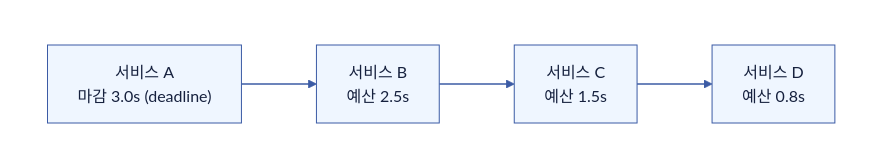
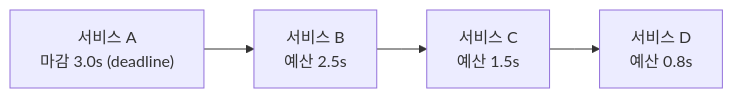
Before and after one commit to Hyune-s-lab/my-ai-study: the third of 5 diagrams in computer-science/2606-모의면접-timeout.md, drawn with Mermaid. The commit also changed other lines of this file and 49 other files, not shown here.

Commit message:
docs: 단순 다이어그램은 Mermaid로, 복잡한 배치는 SVG로 정리

````diff
--- a/computer-science/2606-모의면접-timeout.md
+++ b/computer-science/2606-모의면접-timeout.md
@@ -204,23 +157,11 @@
 ```mermaid
 flowchart LR
-%%{init: {"theme": "base", "darkMode": false, "themeVariables": {"background": "#ffffff", "primaryColor": "#EFF6FF", "primaryTextColor": "#16213E", "primaryBorderColor": "#3B5BA5", "secondaryColor": "#F0FDF4", "tertiaryColor": "#FAF5FF", "lineColor": "#3B5BA5", "textColor": "#16213E", "edgeLabelBackground": "#ffffff", "clusterBkg": "#F8FAFC", "clusterBorder": "#CBD5E1"}}}%%
-  subgraph canvas[" "]
-    direction LR
-  
-    a["서비스 A<br/>마감 3.0s (deadline)"]
-    b["서비스 B<br/>예산 2.5s"]
-    c["서비스 C<br/>예산 1.5s"]
-    d["서비스 D<br/>예산 0.8s"]
-  
-    a --> b
-    b --> c
-    c --> d
-  end
-  style canvas fill:#ffffff,stroke:#ffffff,color:#111827
-  linkStyle default stroke:#3B5BA5,stroke-width:1.5px
-  classDef app fill:#EFF6FF,stroke:#3B5BA5,stroke-width:1px,color:#16213E
-  class a,b,c,d app
-  classDef db fill:#F0FDF4,stroke:#3F8E55,stroke-width:1px,color:#16213E
-  classDef policy fill:#FAF5FF,stroke:#A855F7,stroke-width:1px,color:#16213E
-  classDef worker fill:#FFF7ED,stroke:#C98A2B,stroke-width:1px,color:#16213E
+%%{init: {"flowchart": {"curve": "stepAfter", "wrappingWidth": 400}}}%%
+  n_a["서비스 A<br/>마감 3.0s (deadline)"]
+  n_b["서비스 B<br/>예산 2.5s"]
+  n_c["서비스 C<br/>예산 1.5s"]
+  n_d["서비스 D<br/>예산 0.8s"]
+  n_a --> n_b
+  n_b --> n_c
+  n_c --> n_d
 ```
````
